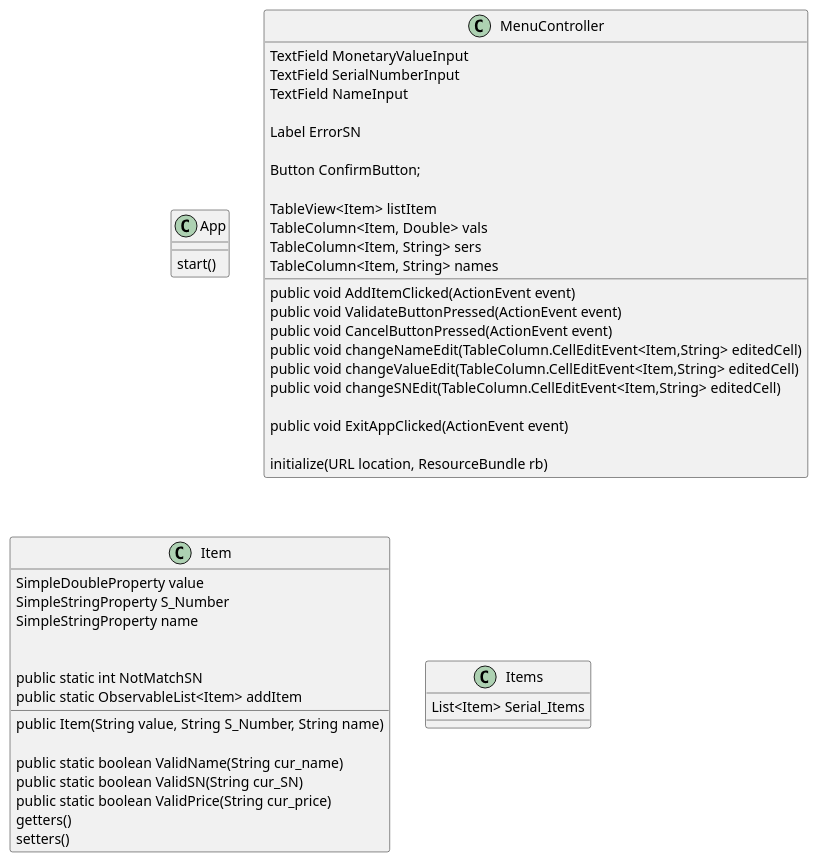
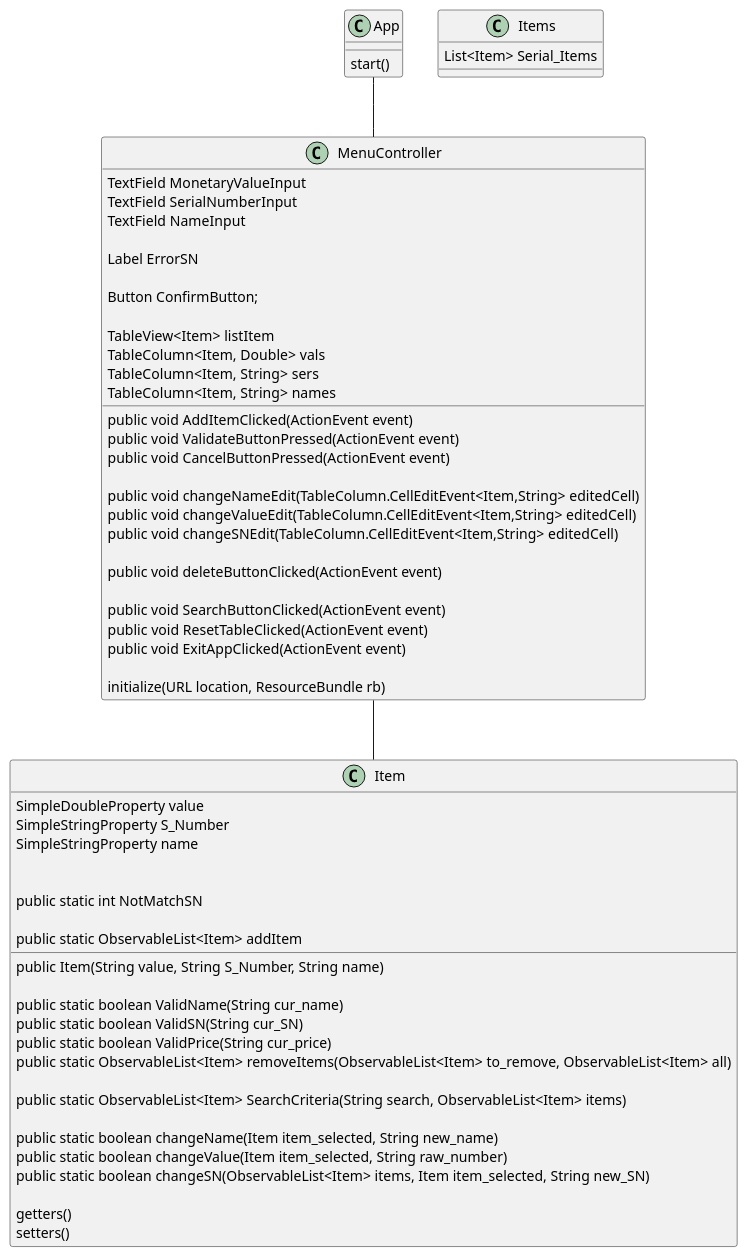
One commit to AgentAttorney/Pekarski-0647-a5 changed the diagram in PlantUML/assignment5.puml. Above: the diagram before and after it, drawn with PlantUML. The commit also changed 6 other files, not shown here.

Commit message:
Final Commit before Deadline: Testable methods all included. Search Criteria refined to be less strict. RIP Save and Load Features, I have trouble understanding them.

```diff
--- a/PlantUML/assignment5.puml
+++ b/PlantUML/assignment5.puml
@@ -1,56 +1,74 @@
 @startuml
 'https://plantuml.com/sequence-diagram
 
 class App{
     start()
 }
+
+App -- MenuController
 
 class MenuController{
 TextField MonetaryValueInput
 TextField SerialNumberInput
 TextField NameInput
 
 Label ErrorSN
 
 Button ConfirmButton;
 
 TableView<Item> listItem
 TableColumn<Item, Double> vals
 TableColumn<Item, String> sers
 TableColumn<Item, String> names
 
 public void AddItemClicked(ActionEvent event)
 public void ValidateButtonPressed(ActionEvent event)
 public void CancelButtonPressed(ActionEvent event)
+
 public void changeNameEdit(TableColumn.CellEditEvent<Item,String> editedCell)
 public void changeValueEdit(TableColumn.CellEditEvent<Item,String> editedCell)
 public void changeSNEdit(TableColumn.CellEditEvent<Item,String> editedCell)
 
+public void deleteButtonClicked(ActionEvent event)
+
+public void SearchButtonClicked(ActionEvent event)
+public void ResetTableClicked(ActionEvent event)
 public void ExitAppClicked(ActionEvent event)
 
 initialize(URL location, ResourceBundle rb)
 }
+
+MenuController -- Item
 
 class Item{
 SimpleDoubleProperty value
 SimpleStringProperty S_Number
 SimpleStringProperty name
 
 public Item(String value, String S_Number, String name)
 
 public static boolean ValidName(String cur_name)
 public static boolean ValidSN(String cur_SN)
 public static boolean ValidPrice(String cur_price)
 public static int NotMatchSN
+
 public static ObservableList<Item> addItem
+
+public static ObservableList<Item> removeItems(ObservableList<Item> to_remove, ObservableList<Item> all)
+
+public static ObservableList<Item> SearchCriteria(String search, ObservableList<Item> items)
+
+public static boolean changeName(Item item_selected, String new_name)
+public static boolean changeValue(Item item_selected, String raw_number)
+public static boolean changeSN(ObservableList<Item> items, Item item_selected, String new_SN)
 
 getters()
 setters()
 }
 
 class Items{
 List<Item> Serial_Items
 }
 
 
 @enduml
```
